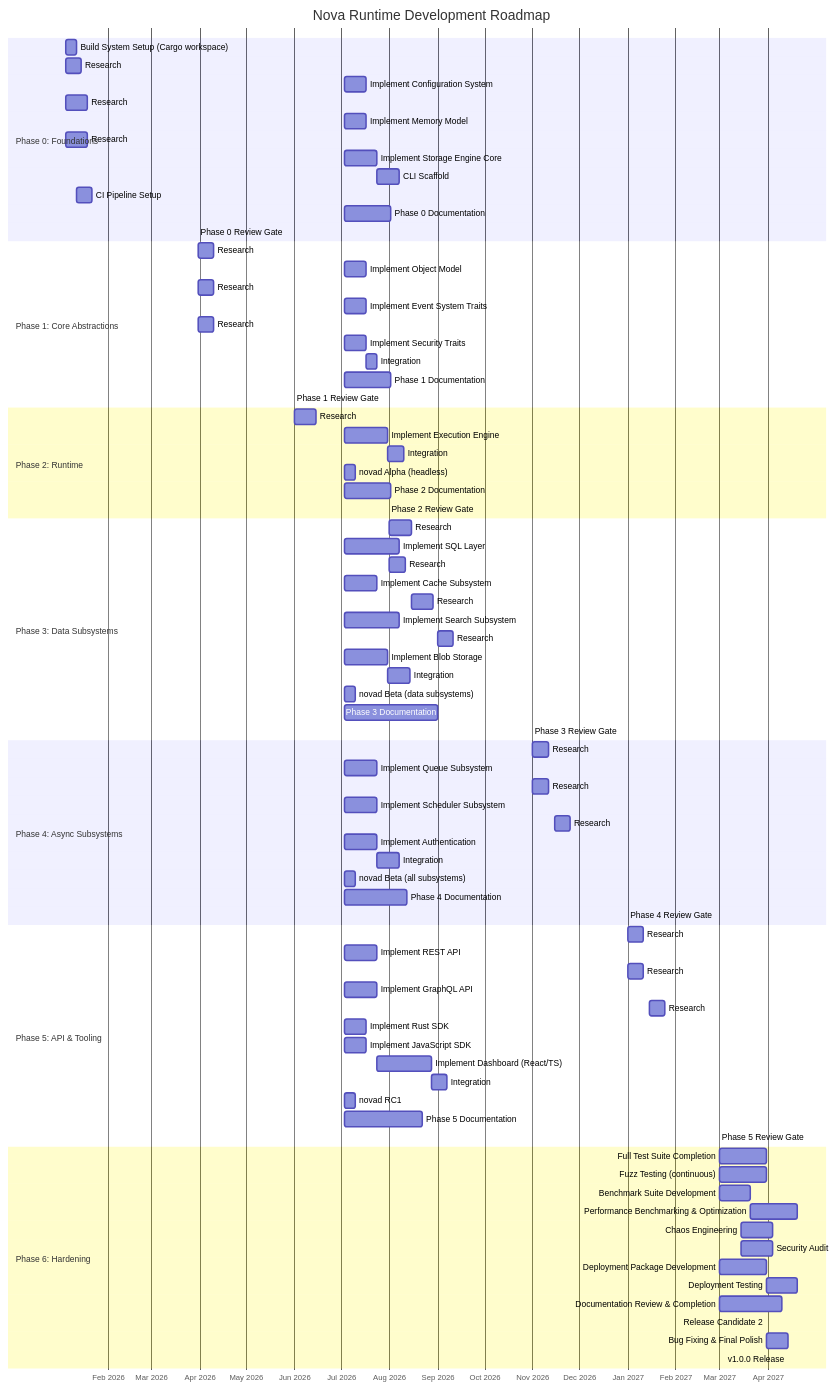
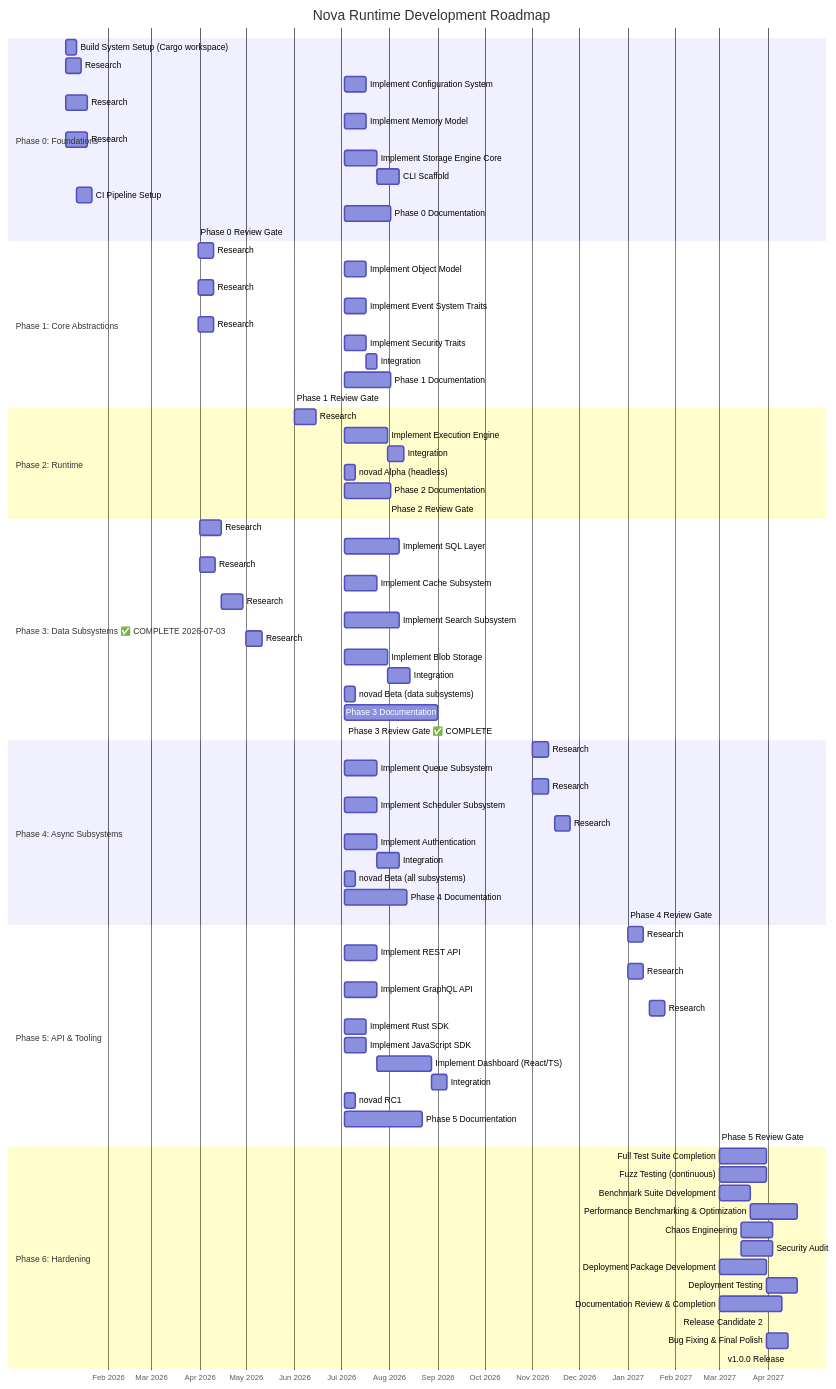
Before and after one commit to Icarus-afk/Nova-Runtime: the third of 6 diagrams in docs/30-development-roadmap.md, drawn with Mermaid. The commit also changed other lines of this file and 7 other files, not shown here.

First line of the commit message:
Update architecture docs to match Phase 3 implementation

```diff
--- a/docs/30-development-roadmap.md
+++ b/docs/30-development-roadmap.md
@@ -161,19 +163,19 @@
     Phase 2 Documentation                    :a2_5, after a2_1, 30d
     Phase 2 Review Gate                      :milestone2, 2026-07-31, 0d
 
-    section Phase 3: Data Subsystems
-    Research: SQL Layer                      :a3_1, 2026-08-01, 14d
+    section Phase 3: Data Subsystems ✅ COMPLETE 2026-07-03
+    Research: SQL Layer                      :a3_1, 2026-04-01, 14d
     Implement SQL Layer                      :a3_2, after a3_1, 35d
-    Research: Cache Subsystem                :a3_3, 2026-08-01, 10d
+    Research: Cache Subsystem                :a3_3, 2026-04-01, 10d
     Implement Cache Subsystem                :a3_4, after a3_3, 21d
-    Research: Search Subsystem               :a3_5, 2026-08-15, 14d
+    Research: Search Subsystem               :a3_5, 2026-04-15, 14d
     Implement Search Subsystem               :a3_6, after a3_5, 35d
-    Research: Blob Storage                   :a3_7, 2026-09-01, 10d
+    Research: Blob Storage                   :a3_7, 2026-05-01, 10d
     Implement Blob Storage                   :a3_8, after a3_7, 28d
     Integration: All Data Subsystems         :a3_9, after a3_8, 14d
     novad Beta (data subsystems)             :a3_10, after a3_9, 7d
     Phase 3 Documentation                    :a3_11, after a3_1, 60d
-    Phase 3 Review Gate                      :milestone3, 2026-10-31, 0d
+    Phase 3 Review Gate ✅ COMPLETE           :milestone3, 2026-07-03, 0d
 
     section Phase 4: Async Subsystems
     Research: Queue Subsystem                :a4_1, 2026-11-01, 10d
```
